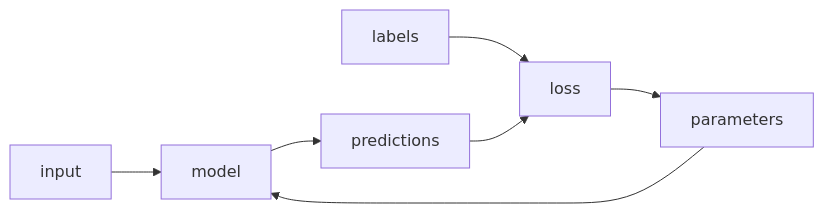
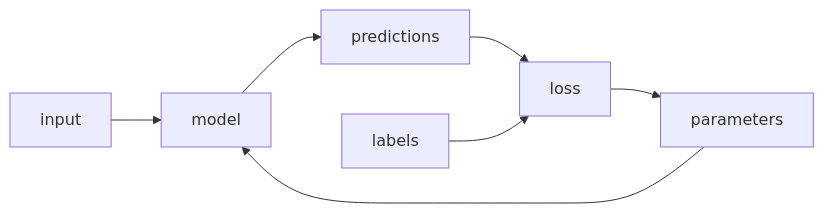
The second of 2 diagrams in _posts/2023-08-16-rivoluzione.md (nicoladerric/nicoladerric.github.io), drawn with Mermaid before and after one commit.

````diff
--- a/_posts/2023-08-16-rivoluzione.md
+++ b/_posts/2023-08-16-rivoluzione.md
@@ -24,9 +24,9 @@
 ```mermaid
-graph LR;
+flowchart LR;
     input --> model;
     parameters --> model;
     model --> predictions;
+    predictions --> loss;
     labels --> loss;
-    predictions --> loss;
     loss --> parameters;
 ```
````
